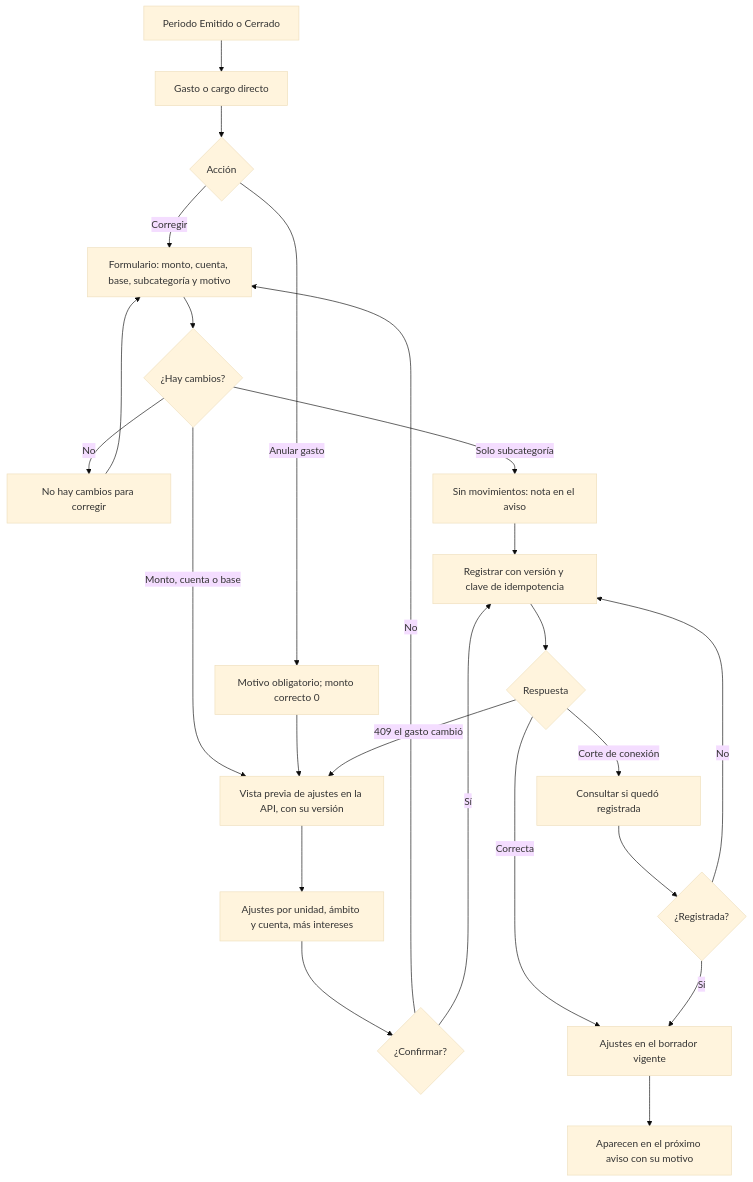
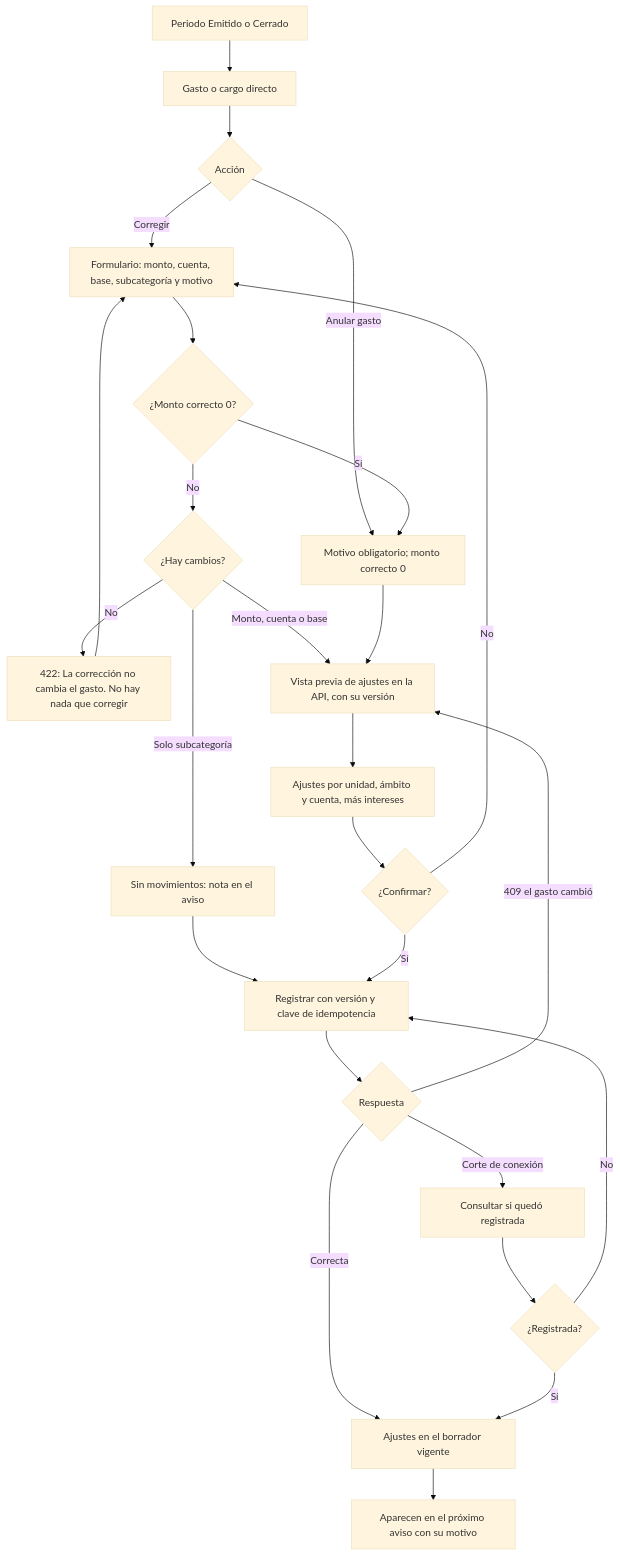
Before and after one commit to misterexcel/ComVive: the diagram in docs/design/flujos/admin-corregir-gasto.md, drawn with Mermaid (base theme). The commit also changed other lines of this file and 17 other files, not shown here.

First line of the commit message:
docs: resolve design review 3 across spec, architecture, design and QA

````diff
--- a/docs/design/flujos/admin-corregir-gasto.md
+++ b/docs/design/flujos/admin-corregir-gasto.md
@@ -22,26 +22,28 @@
 ```mermaid
 flowchart TD
   A["Periodo Emitido o Cerrado"] --> B["Gasto o cargo directo"]
   B --> C{"Acción"}
   C -->|Corregir| D["Formulario: monto, cuenta, base, subcategoría y motivo"]
   C -->|Anular gasto| D2["Motivo obligatorio; monto correcto 0"]
-  D --> E{"¿Hay cambios?"}
-  E -->|No| F["No hay cambios para corregir"]
+  D --> D3{"¿Monto correcto 0?"}
+  D3 -->|Sí| D2
+  D3 -->|No| E{"¿Hay cambios?"}
+  E -->|No| F["422: La corrección no cambia el gasto. No hay nada que corregir"]
   F --> D
   E -->|Solo subcategoría| G["Sin movimientos: nota en el aviso"]
   G --> K
   E -->|Monto, cuenta o base| H["Vista previa de ajustes en la API, con su versión"]
   D2 --> H
   H --> I["Ajustes por unidad, ámbito y cuenta, más intereses"]
   I --> J{"¿Confirmar?"}
   J -->|No| D
   J -->|Sí| K["Registrar con versión y clave de idempotencia"]
   K --> L{"Respuesta"}
   L -->|Correcta| M["Ajustes en el borrador vigente"]
   L -->|409 el gasto cambió| H
   L -->|Corte de conexión| O["Consultar si quedó registrada"]
   O --> P{"¿Registrada?"}
   P -->|Sí| M
   P -->|No| K
   M --> Q["Aparecen en el próximo aviso con su motivo"]
 ```
````
